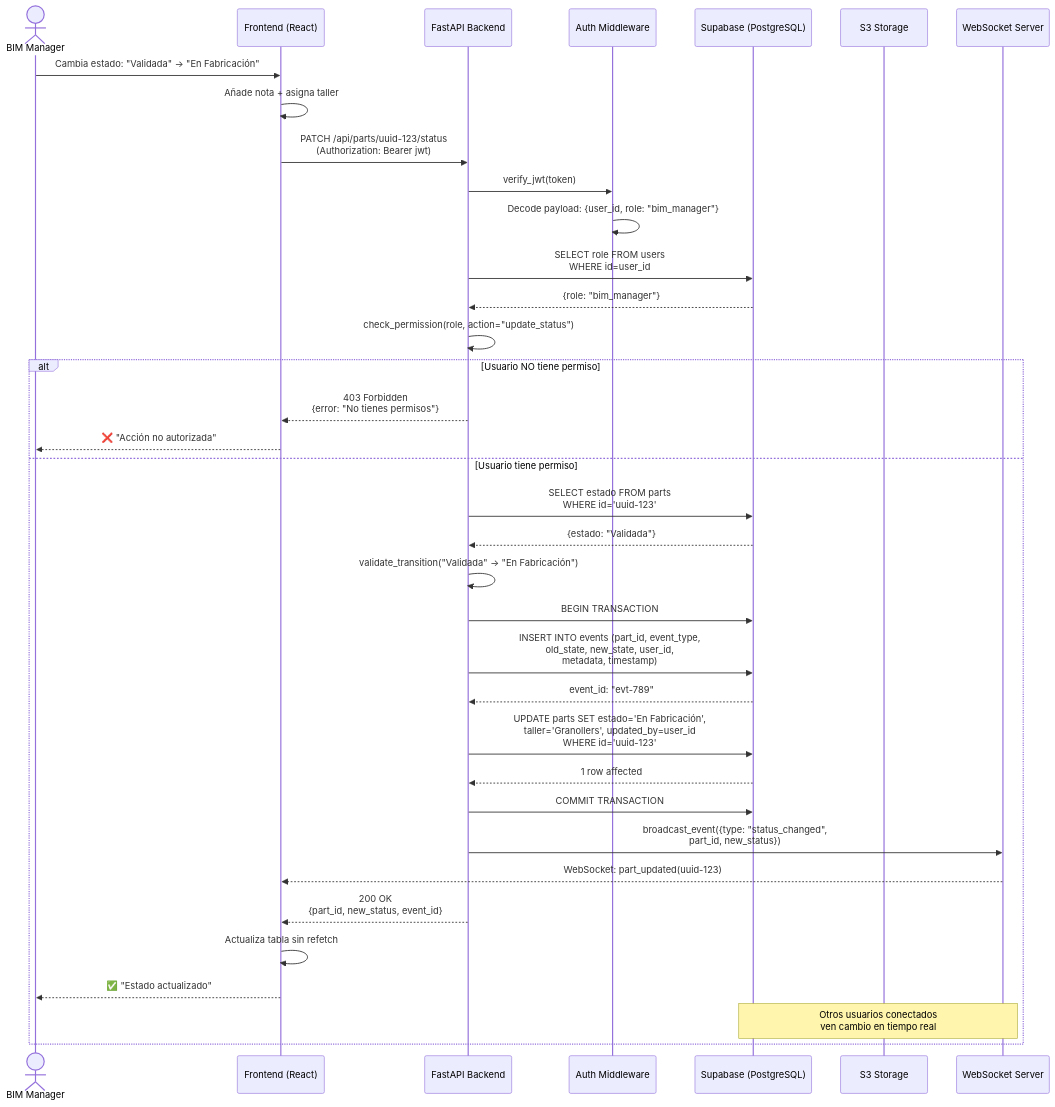
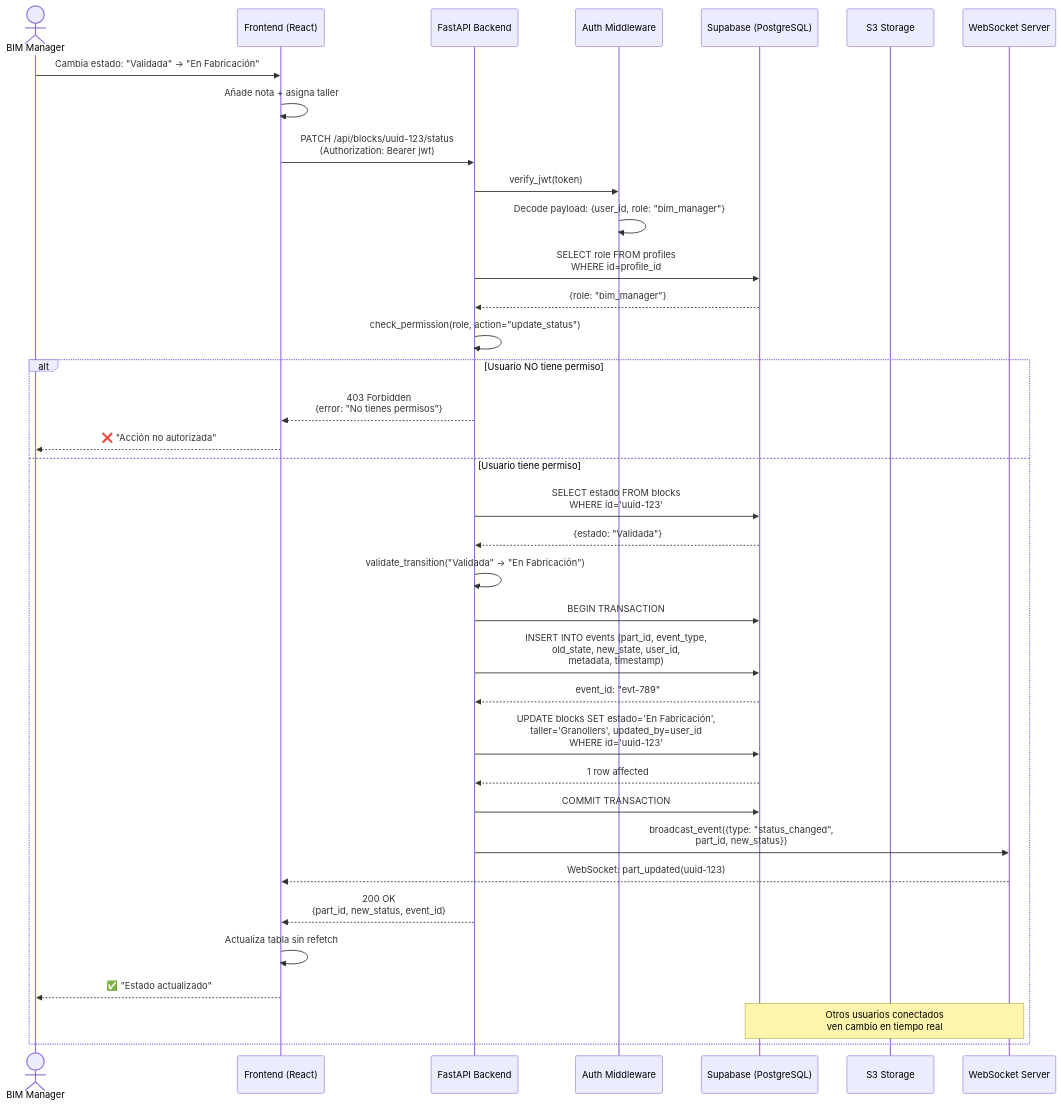
Before and after one commit to LIDR-academy/AI4Devs-finalproject: the sixth of 7 diagrams in docs/04-use-cases.md, drawn with Mermaid. The commit also changed other lines of this file and 8 other files, not shown here.

````diff
--- a/docs/04-use-cases.md
+++ b/docs/04-use-cases.md
@@ -325,52 +325,52 @@
 ```mermaid
 sequenceDiagram
     actor User as BIM Manager
     participant FE as Frontend (React)
     participant API as FastAPI Backend
     participant Auth as Auth Middleware
     participant DB as Supabase (PostgreSQL)
     participant Storage as S3 Storage
     participant WS as WebSocket Server
 
     User->>FE: Cambia estado: "Validada" → "En Fabricación"
     FE->>FE: Añade nota + asigna taller
     
-    FE->>API: PATCH /api/parts/uuid-123/status<br/>(Authorization: Bearer jwt)
+    FE->>API: PATCH /api/blocks/uuid-123/status<br/>(Authorization: Bearer jwt)
     
     API->>Auth: verify_jwt(token)
     Auth->>Auth: Decode payload: {user_id, role: "bim_manager"}
     
-    API->>DB: SELECT role FROM users<br/>WHERE id=user_id
+    API->>DB: SELECT role FROM profiles<br/>WHERE id=profile_id
     DB-->>API: {role: "bim_manager"}
     
     API->>API: check_permission(role, action="update_status")
     
     alt Usuario NO tiene permiso
         API-->>FE: 403 Forbidden<br/>{error: "No tienes permisos"}
         FE-->>User: ❌ "Acción no autorizada"
     else Usuario tiene permiso
-        API->>DB: SELECT estado FROM parts<br/>WHERE id='uuid-123'
+        API->>DB: SELECT estado FROM blocks<br/>WHERE id='uuid-123'
         DB-->>API: {estado: "Validada"}
         
         API->>API: validate_transition("Validada" → "En Fabricación")
         
         API->>DB: BEGIN TRANSACTION
         
         API->>DB: INSERT INTO events (part_id, event_type,<br/>old_state, new_state, user_id,<br/>metadata, timestamp)
         DB-->>API: event_id: "evt-789"
         
-        API->>DB: UPDATE parts SET estado='En Fabricación',<br/>taller='Granollers', updated_by=user_id<br/>WHERE id='uuid-123'
+        API->>DB: UPDATE blocks SET estado='En Fabricación',<br/>taller='Granollers', updated_by=user_id<br/>WHERE id='uuid-123'
         DB-->>API: 1 row affected
         
         API->>DB: COMMIT TRANSACTION
         
         API->>WS: broadcast_event({type: "status_changed",<br/>part_id, new_status})
         WS-->>FE: WebSocket: part_updated(uuid-123)
         
         API-->>FE: 200 OK<br/>{part_id, new_status, event_id}
         FE->>FE: Actualiza tabla sin refetch
         FE-->>User: ✅ "Estado actualizado"
         
         Note over WS,DB: Otros usuarios conectados<br/>ven cambio en tiempo real
     end
 ```
````
